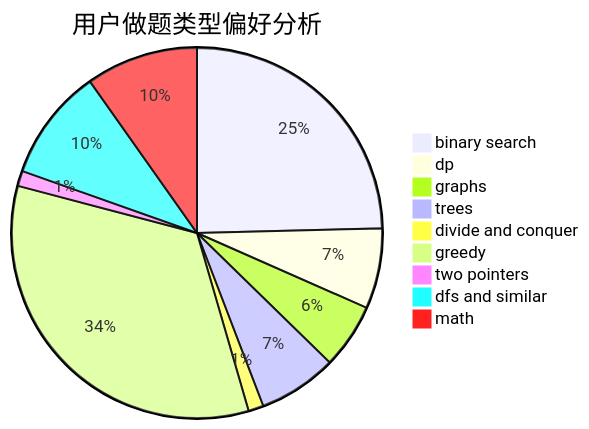
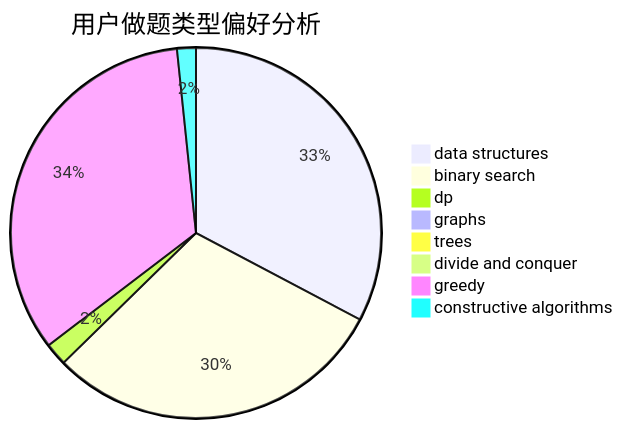
One commit to sherpahu/cfrs.github.io changed the second of 3 diagrams in docs/user/u2394.md. Above: the diagram before and after it, drawn with Mermaid. The commit also changed other lines of this file and 2775 other files, not shown here.

````diff
--- a/docs/user/u2394.md
+++ b/docs/user/u2394.md
@@ -23,12 +23,11 @@
 ```mermaid
 pie title 用户做题类型偏好分析
-    "binary search" :  186
-    "dp" :  53
-    "graphs" :  43
-    "trees" :  52
-    "divide and conquer" :  10
-    "greedy" :  254
-    "two pointers" :  10
-    "dfs and similar" :  74
-    "math" :  74
+    "data structures" :  199
+    "binary search" :  182
+    "dp" :  12
+    "graphs" :  2
+    "trees" :  1
+    "divide and conquer" :  0
+    "greedy" :  205
+    "constructive algorithms" :  10
 ```
````
